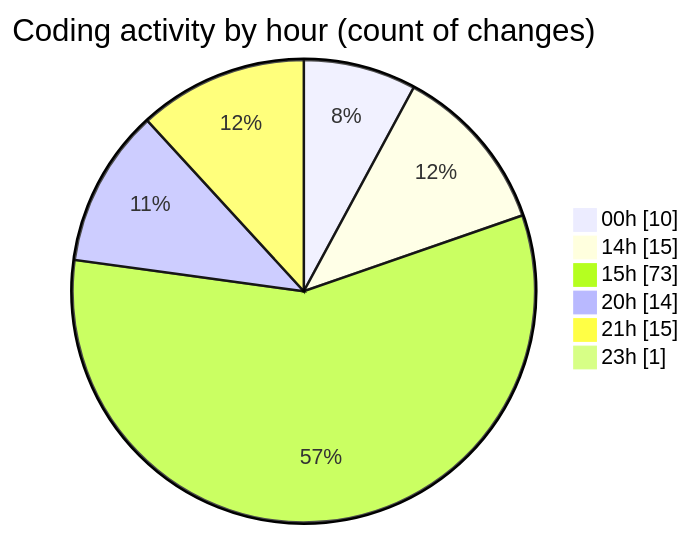
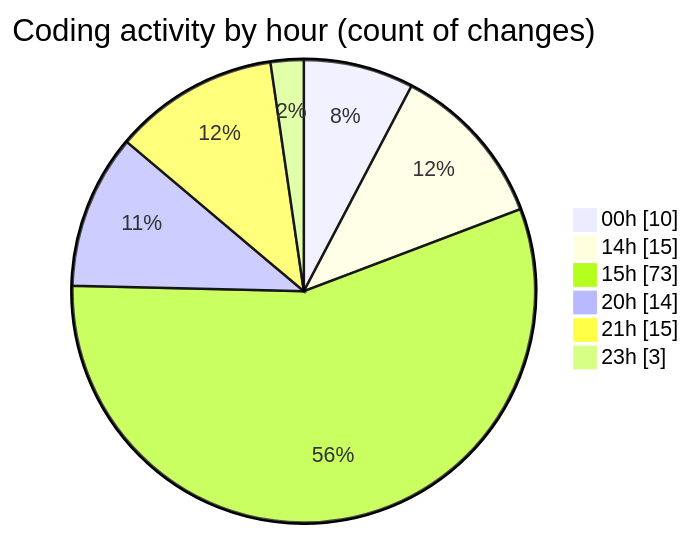
One commit to Netris89/code-tracking changed the second of 2 diagrams in 2025-04-07/echo/README.md. Above: the diagram before and after it, drawn with Mermaid. The commit also changed other lines of this file and 1 other file, not shown here.

````diff
--- a/2025-04-07/echo/README.md
+++ b/2025-04-07/echo/README.md
@@ -41,10 +41,10 @@
 ```mermaid
 pie showData
 title Coding activity by hour (count of changes)
 "00h" : 10
 "14h" : 15
 "15h" : 73
 "20h" : 14
 "21h" : 15
-"23h" : 1
+"23h" : 3
 ```
````
